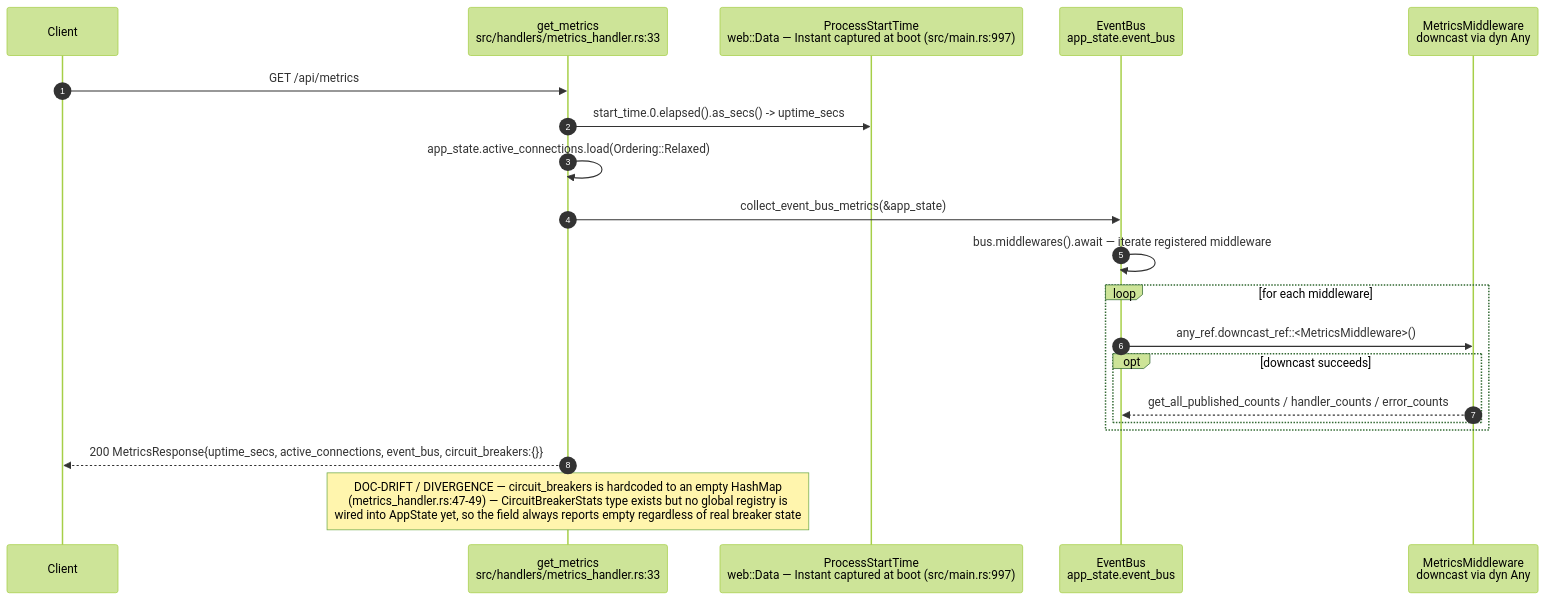
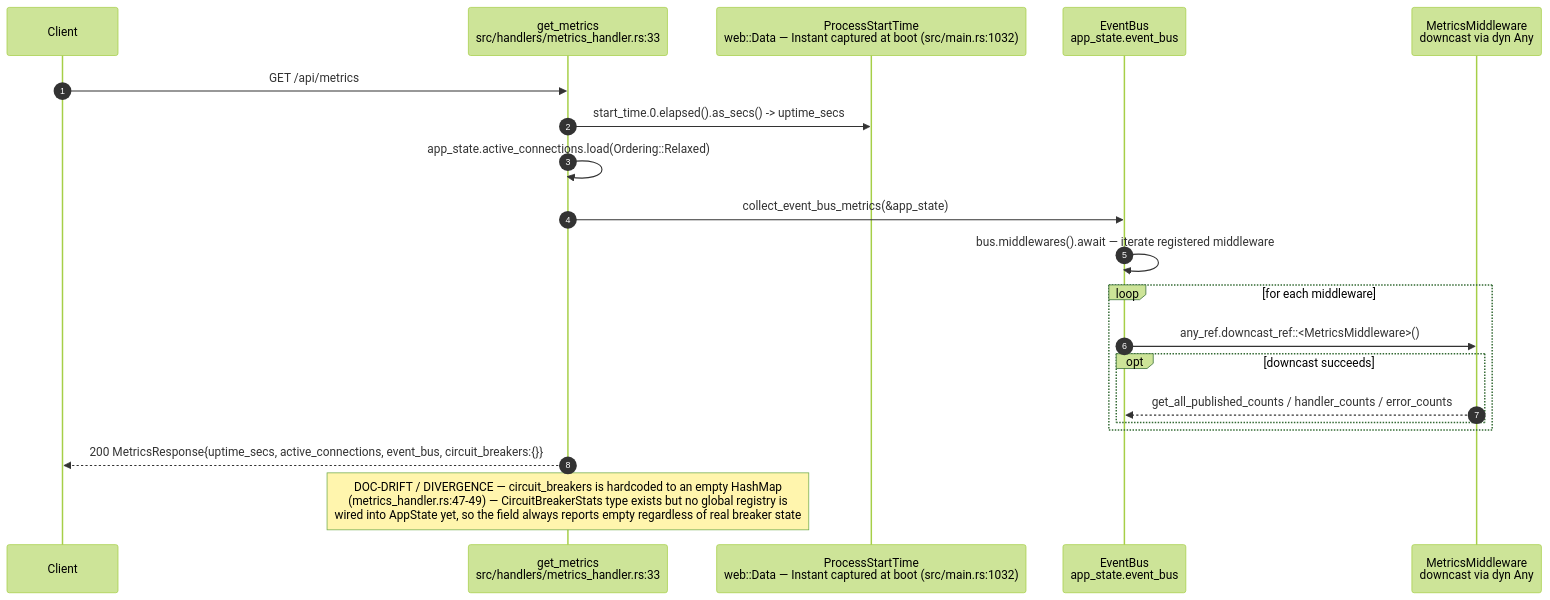
One commit to DreamLab-AI/VisionFlow changed diagram 15 of 29 in docs/diagrams/visionclaw/04-handlers-graph-and-state.md. Above: the diagram before and after it, drawn with Mermaid (forest theme). The commit also changed other lines of this file and 32 other files, not shown here.

````diff
--- a/docs/diagrams/visionclaw/04-handlers-graph-and-state.md
+++ b/docs/diagrams/visionclaw/04-handlers-graph-and-state.md
@@ -723,23 +730,23 @@
 ```mermaid
 sequenceDiagram
     autonumber
     participant C as Client
     participant GM as get_metrics<br/>src/handlers/metrics_handler.rs:33
-    participant PT as ProcessStartTime<br/>web::Data — Instant captured at boot (src/main.rs:997)
+    participant PT as ProcessStartTime<br/>web::Data — Instant captured at boot (src/main.rs:1032)
     participant EB as EventBus<br/>app_state.event_bus
     participant MW as MetricsMiddleware<br/>downcast via dyn Any
 
     C->>GM: GET /api/metrics
     GM->>PT: start_time.0.elapsed().as_secs() -> uptime_secs
     GM->>GM: app_state.active_connections.load(Ordering::Relaxed)
     GM->>EB: collect_event_bus_metrics(&app_state)
     EB->>EB: bus.middlewares().await — iterate registered middleware
     loop for each middleware
         EB->>MW: any_ref.downcast_ref::<MetricsMiddleware>()
         opt downcast succeeds
             MW-->>EB: get_all_published_counts / handler_counts / error_counts
         end
     end
     GM-->>C: 200 MetricsResponse{uptime_secs, active_connections, event_bus, circuit_breakers:{}}
     Note over GM: DOC-DRIFT / DIVERGENCE — circuit_breakers is hardcoded to an empty HashMap<br/>(metrics_handler.rs:47-49) — CircuitBreakerStats type exists but no global registry is<br/>wired into AppState yet, so the field always reports empty regardless of real breaker state
 ```
````
